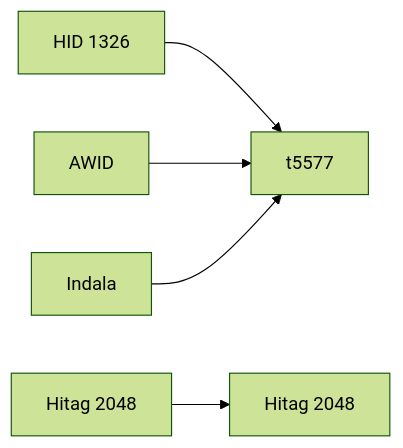
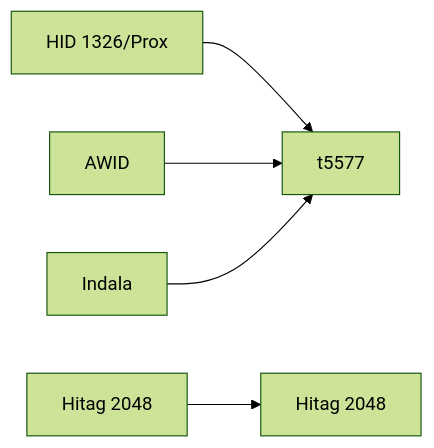
Before and after one commit to dangerous-tac0s/pm3_documentation: the diagram in LOW_FREQUENCY_CHIPS.md, drawn with Mermaid (forest theme).

````diff
--- a/LOW_FREQUENCY_CHIPS.md
+++ b/LOW_FREQUENCY_CHIPS.md
@@ -5,9 +5,9 @@
 ```mermaid
   flowchart LR;
       B1[t5577];
-      A2[HID 1326] --> B1;
+      A2[HID 1326/Prox] --> B1;
       A3[AWID] --> B1;
       A4[Indala] --> B1;
       AX[Hitag 2048] --> B2[Hitag 2048];
 
 ```
````
